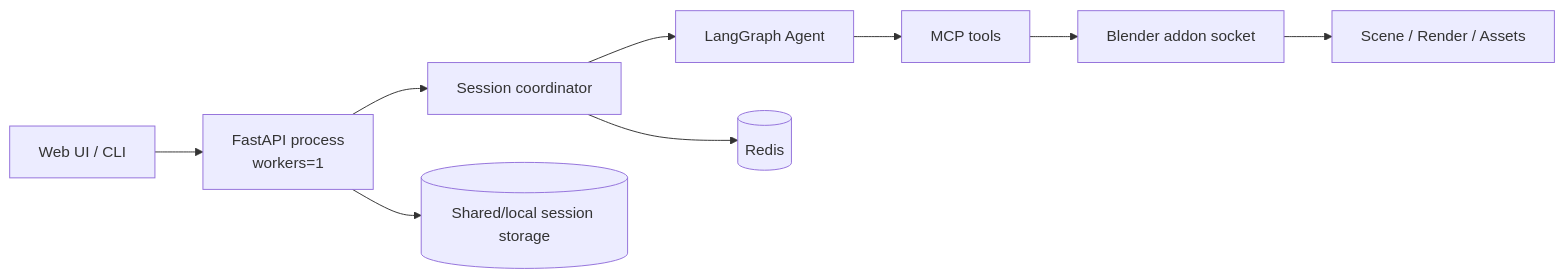
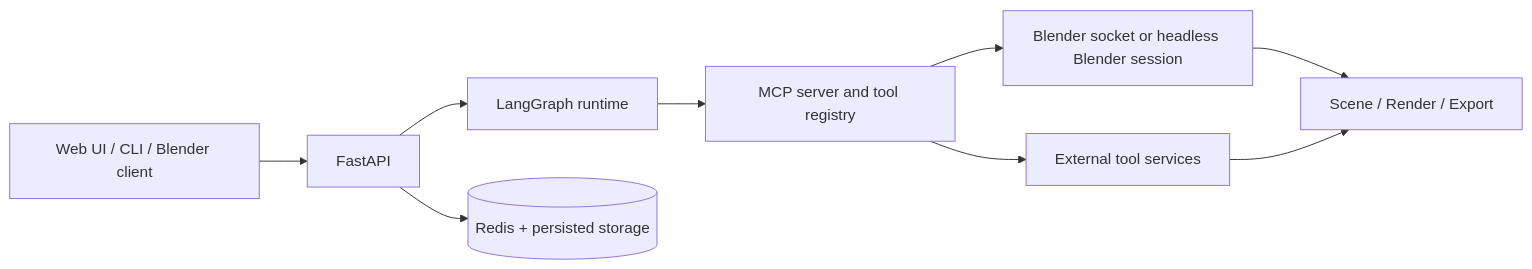
One commit to 3DSceneAgent/Vibe3DScene changed the first of 3 diagrams in docs/architecture/agentic-workflow.md. Above: the diagram before and after it, drawn with Mermaid. The commit also changed other lines of this file and 4 other files, not shown here.

````diff
--- a/docs/architecture/agentic-workflow.md
+++ b/docs/architecture/agentic-workflow.md
@@ -93,11 +9,11 @@
 ```mermaid
 flowchart LR
-    U[Web UI / CLI] --> API[FastAPI process\nworkers=1]
-    API --> COORD[Session coordinator]
-    COORD --> AG[LangGraph Agent]
-    AG --> MCP[MCP tools]
-    MCP --> BL[Blender addon socket]
-    BL --> OUT[Scene / Render / Assets]
-    COORD --> REDIS[(Redis)]
-    API --> FS[(Shared/local session storage)]
+    U[Web UI / CLI / Blender client] --> API[FastAPI]
+    API --> G[LangGraph runtime]
+    G --> MCP[MCP server and tool registry]
+    MCP --> B[Blender socket or headless Blender session]
+    MCP --> T[External tool services]
+    API --> S[(Redis + persisted storage)]
+    B --> O[Scene / Render / Export]
+    T --> O
 ```
````
